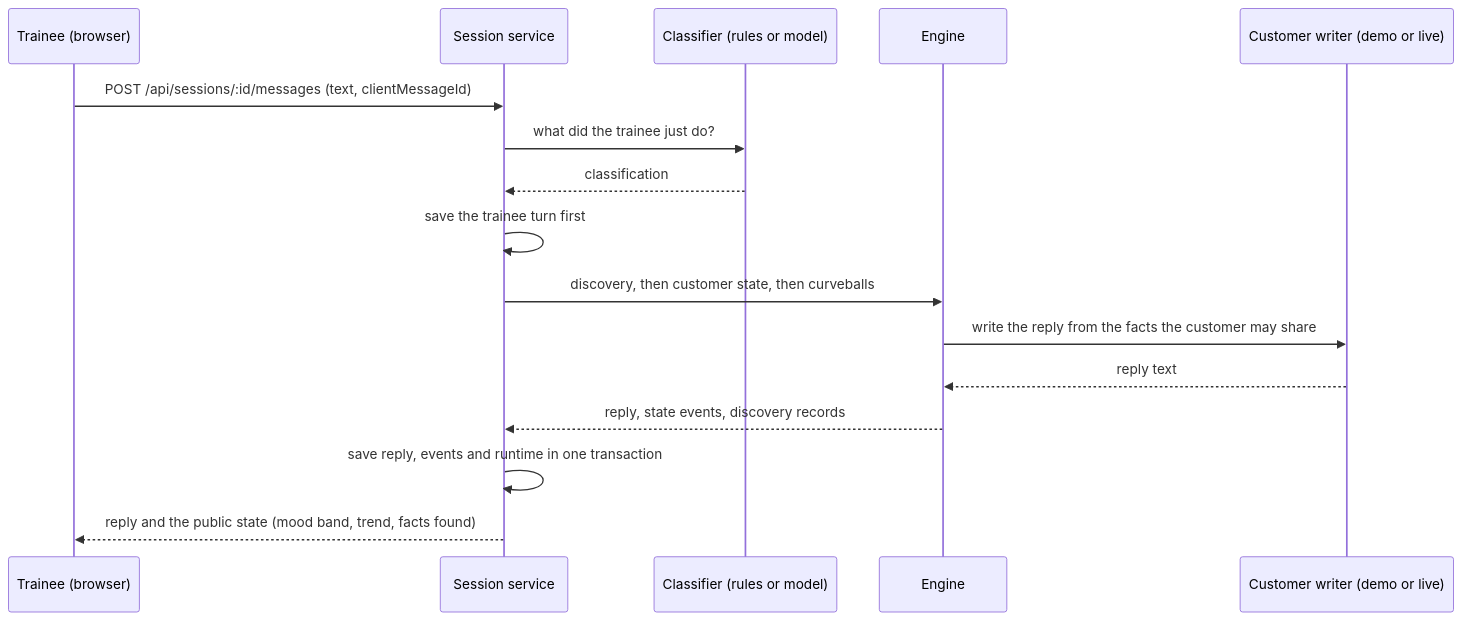
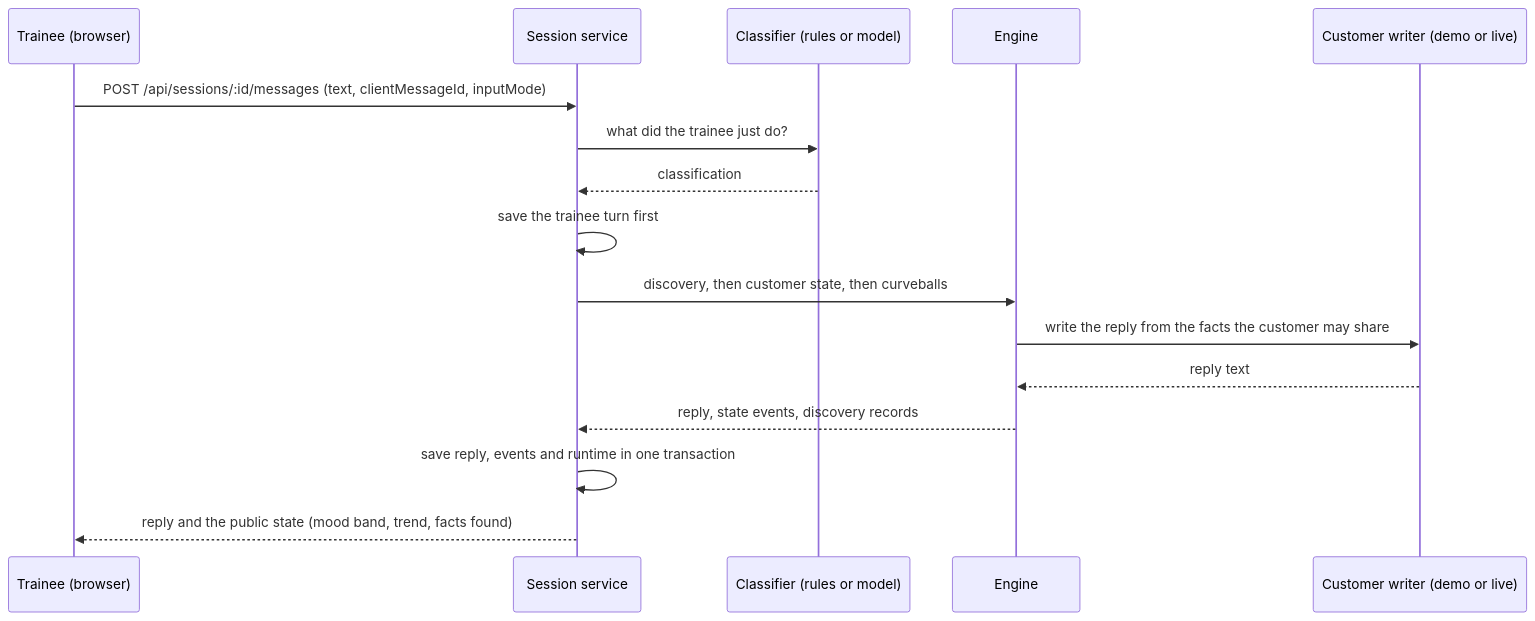
Before and after one commit to snowjug/Firefly: the second of 4 diagrams in docs/architecture.md, drawn with Mermaid. The commit also changed other lines of this file and 26 other files, not shown here.

````diff
--- a/docs/architecture.md
+++ b/docs/architecture.md
@@ -47,18 +54,18 @@
 ```mermaid
 sequenceDiagram
   participant T as Trainee (browser)
   participant S as Session service
   participant C as Classifier (rules or model)
   participant E as Engine
   participant P as Customer writer (demo or live)
-  T->>S: POST /api/sessions/:id/messages (text, clientMessageId)
+  T->>S: POST /api/sessions/:id/messages (text, clientMessageId, inputMode)
   S->>C: what did the trainee just do?
   C-->>S: classification
   S->>S: save the trainee turn first
   S->>E: discovery, then customer state, then curveballs
   E->>P: write the reply from the facts the customer may share
   P-->>E: reply text
   E-->>S: reply, state events, discovery records
   S->>S: save reply, events and runtime in one transaction
   S-->>T: reply and the public state (mood band, trend, facts found)
 ```
````
